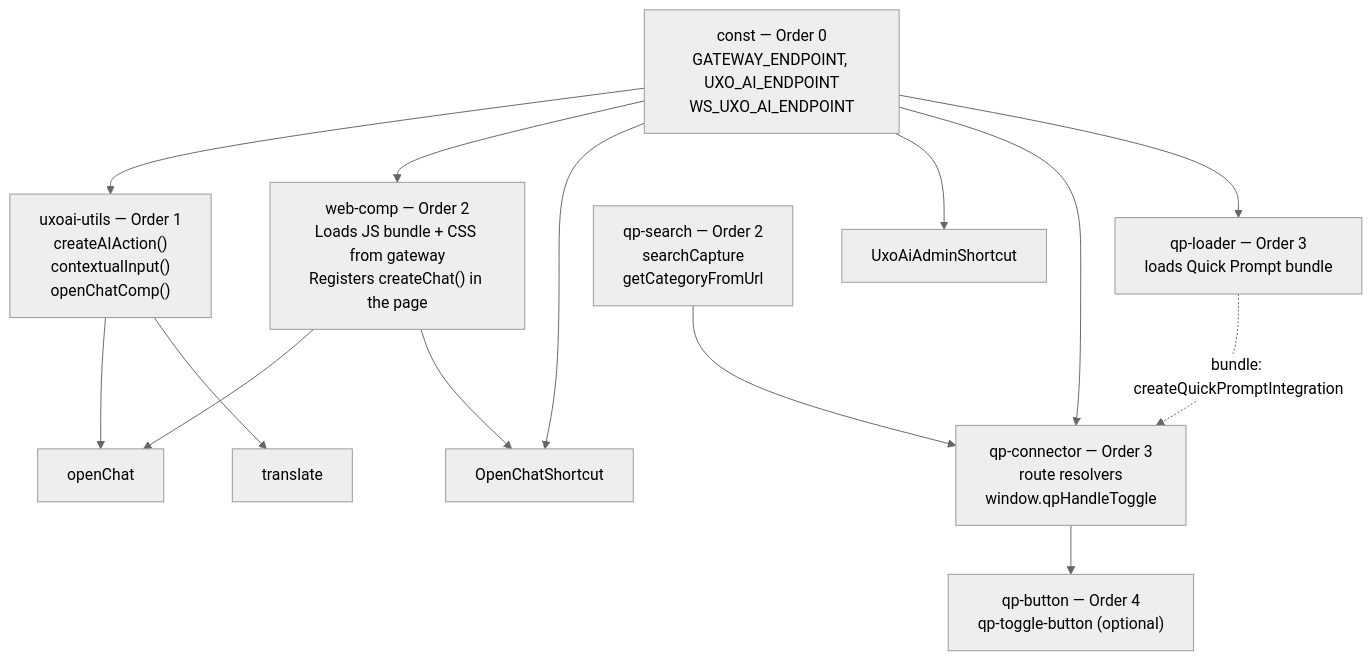
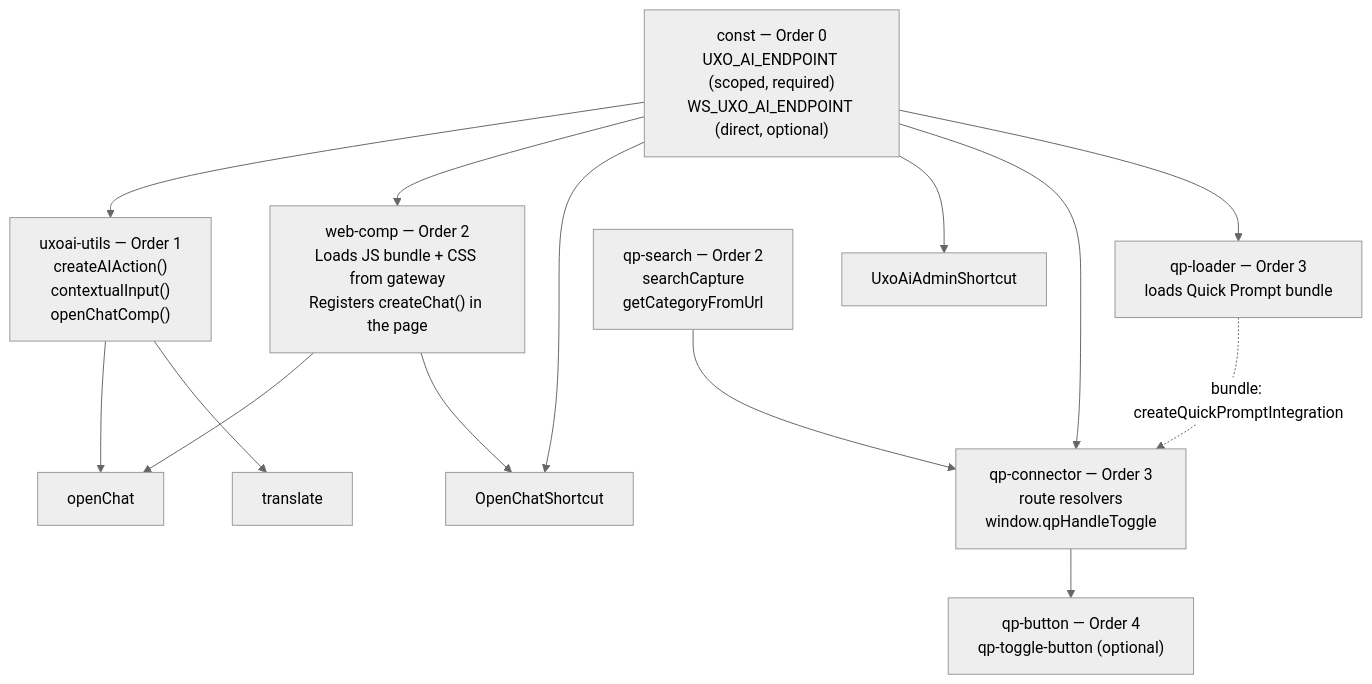
One commit to Uxopian/uxodocs changed the diagram in docs/uxopian-ai/how_to/configure_flowerdocs_scope.mdx. Above: the diagram before and after it, drawn with Mermaid (neutral theme). The commit also changed other lines of this file and 1 other file, not shown here.

First line of the commit message:
UXOAI-288 docs(uxopian-ai): document the real FlowerDocs WebSocket integration

````diff
--- a/docs/uxopian-ai/how_to/configure_flowerdocs_scope.mdx
+++ b/docs/uxopian-ai/how_to/configure_flowerdocs_scope.mdx
@@ -54,30 +54,30 @@
 ```mermaid
 flowchart TD
-    consts["const — Order 0<br/>GATEWAY_ENDPOINT, UXO_AI_ENDPOINT<br/>WS_UXO_AI_ENDPOINT"]
+    consts["const — Order 0<br/>UXO_AI_ENDPOINT (scoped, required)<br/>WS_UXO_AI_ENDPOINT (direct, optional)"]
     utils["uxoai-utils — Order 1<br/>createAIAction()<br/>contextualInput()<br/>openChatComp()"]
     webcomp["web-comp — Order 2<br/>Loads JS bundle + CSS from gateway<br/>Registers createChat() in the page"]
     openChat["openChat"]
     shortcut["OpenChatShortcut"]
     adminShortcut["UxoAiAdminShortcut"]
     translate["translate"]
 
     qpSearch["qp-search — Order 2<br/>searchCapture<br/>getCategoryFromUrl"]
     qpConnector["qp-connector — Order 3<br/>route resolvers<br/>window.qpHandleToggle"]
     qpLoader["qp-loader — Order 3<br/>loads Quick Prompt bundle"]
     qpButton["qp-button — Order 4<br/>qp-toggle-button (optional)"]
 
     consts --> utils
     consts --> webcomp
     consts --> shortcut
     consts --> adminShortcut
     utils --> openChat
     utils --> translate
     webcomp --> openChat
     webcomp --> shortcut
 
     consts --> qpConnector
     consts --> qpLoader
     qpSearch --> qpConnector
     qpLoader -. "bundle: createQuickPromptIntegration" .-> qpConnector
     qpConnector --> qpButton
 ```
````
